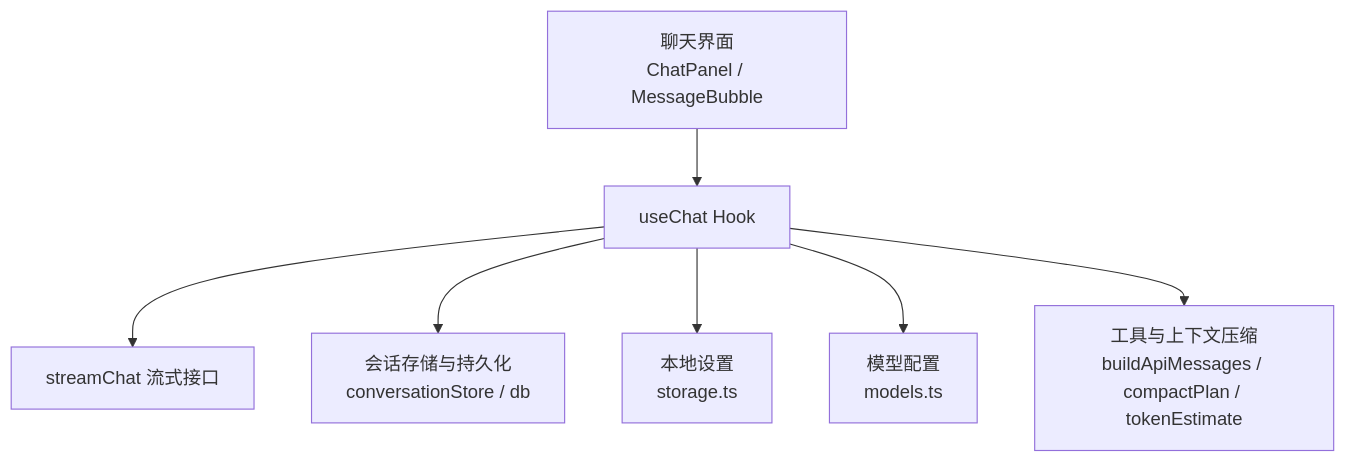
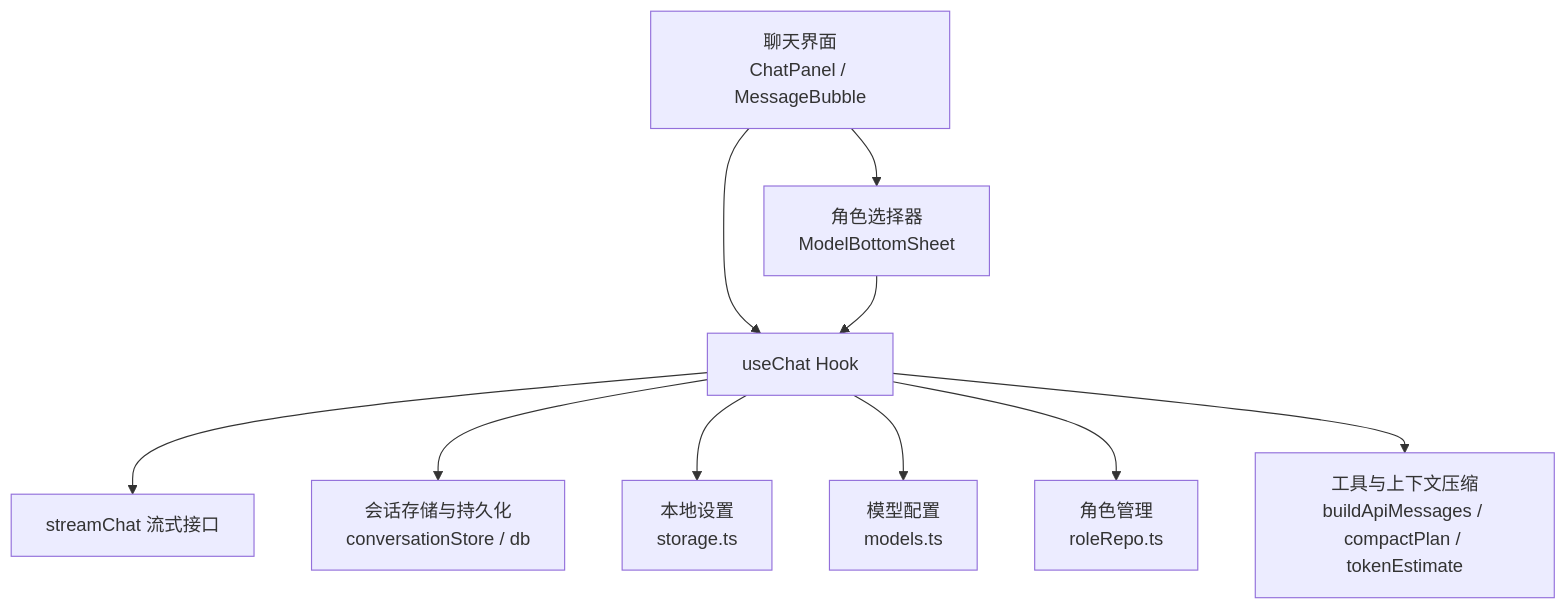
The first of 6 diagrams in .qoder/repowiki/zh/content/聊天模块/聊天状态管理 Hook.md (billye220670/AIShop), drawn with Mermaid before and after one commit. The commit also changed other lines of this file and 32 other files, not shown here.

````diff
--- a/.qoder/repowiki/zh/content/聊天模块/聊天状态管理 Hook.md
+++ b/.qoder/repowiki/zh/content/聊天模块/聊天状态管理 Hook.md
@@ -32,9 +43,12 @@
 ```mermaid
 graph TB
 UI["聊天界面<br/>ChatPanel / MessageBubble"] --> Hook["useChat Hook"]
 Hook --> API["streamChat 流式接口"]
 Hook --> Store["会话存储与持久化<br/>conversationStore / db"]
 Hook --> Settings["本地设置<br/>storage.ts"]
 Hook --> Models["模型配置<br/>models.ts"]
+Hook --> Roles["角色管理<br/>roleRepo.ts"]
 Hook --> Utils["工具与上下文压缩<br/>buildApiMessages / compactPlan / tokenEstimate"]
+UI --> RoleSelector["角色选择器<br/>ModelBottomSheet"]
+RoleSelector --> Hook
 ```
````
